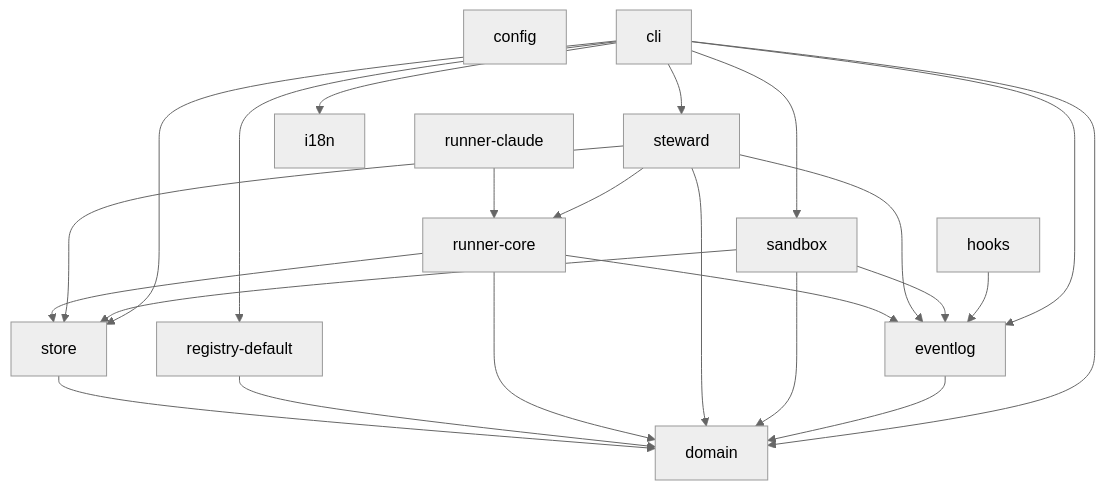
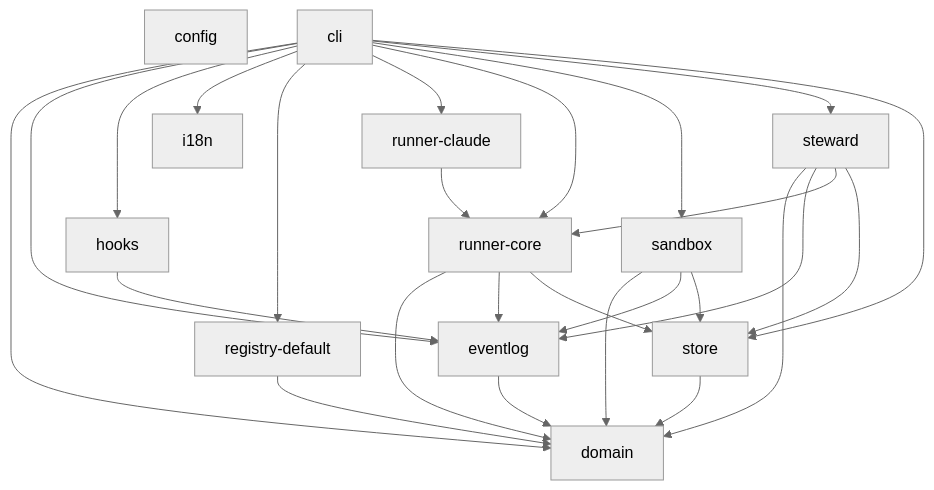
One commit to thap-nv/the-world-of-elvaria changed the diagram in docs/dependency-graph.md. Above: the diagram before and after it, drawn with Mermaid (neutral theme). The commit also changed other lines of this file and 31 other files, not shown here.

````diff
--- a/docs/dependency-graph.md
+++ b/docs/dependency-graph.md
@@ -7,37 +7,40 @@
 ```mermaid
 flowchart TD
   config["config"]
   domain["domain"]
   store["store"]
   registry_default["registry-default"]
   runner_core["runner-core"]
   runner_claude["runner-claude"]
   steward["steward"]
   sandbox["sandbox"]
   eventlog["eventlog"]
   hooks["hooks"]
   i18n["i18n"]
   cli["cli"]
   store --> domain
   registry_default --> domain
   runner_core --> domain
   runner_core --> eventlog
   runner_core --> store
   runner_claude --> runner_core
   steward --> domain
   steward --> eventlog
   steward --> runner_core
   steward --> store
   sandbox --> domain
   sandbox --> eventlog
   sandbox --> store
   eventlog --> domain
   hooks --> eventlog
   cli --> domain
   cli --> eventlog
+  cli --> hooks
   cli --> i18n
   cli --> registry_default
+  cli --> runner_claude
+  cli --> runner_core
   cli --> sandbox
   cli --> steward
   cli --> store
 ```
````
